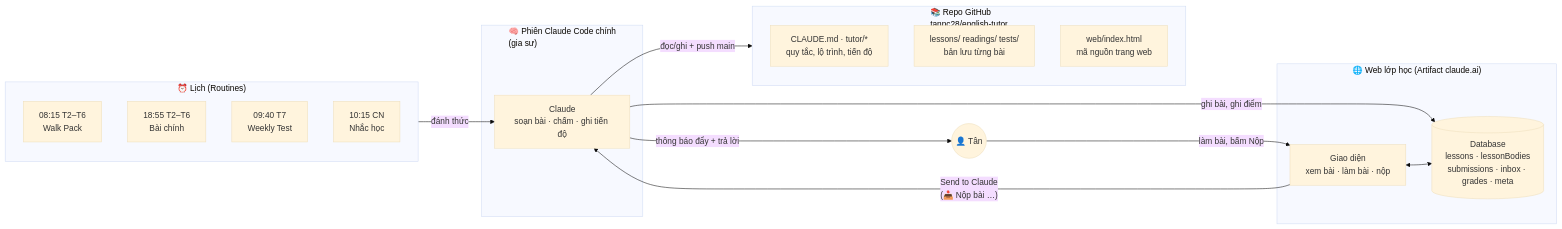
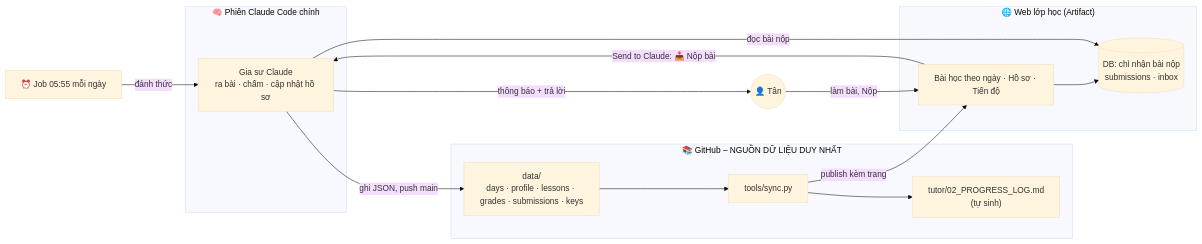
Before and after one commit to tannc28/english-tutor: the first of 2 diagrams in README.md, drawn with Mermaid (base theme). The commit also changed other lines of this file, not shown here.

Commit message:
README: rewrite architecture for single-source data/ design

````diff
--- a/README.md
+++ b/README.md
@@ -11,34 +12,24 @@
 ```mermaid
 flowchart LR
-    subgraph Lich["⏰ Lịch (Routines)"]
-        R1["08:15 T2–T6<br/>Walk Pack"]
-        R2["18:55 T2–T6<br/>Bài chính"]
-        R3["09:40 T7<br/>Weekly Test"]
-        R4["10:15 CN<br/>Nhắc học"]
+    J["⏰ Job 05:55 mỗi ngày"] -- đánh thức --> G
+    subgraph Phien["🧠 Phiên Claude Code chính"]
+        G["Gia sư Claude<br/>ra bài · chấm · cập nhật hồ sơ"]
     end
-
-    subgraph Phien["🧠 Phiên Claude Code chính<br/>(gia sư)"]
-        G["Claude<br/>soạn bài · chấm · ghi tiến độ"]
+    subgraph Repo["📚 GitHub – NGUỒN DỮ LIỆU DUY NHẤT"]
+        D["data/<br/>days · profile · lessons · grades · submissions · keys"]
+        S["tools/sync.py"]
+        P["tutor/02_PROGRESS_LOG.md<br/>(tự sinh)"]
     end
-
-    subgraph Repo["📚 Repo GitHub<br/>tannc28/english-tutor"]
-        F1["CLAUDE.md · tutor/*<br/>quy tắc, lộ trình, tiến độ"]
-        F2["lessons/ readings/ tests/<br/>bản lưu từng bài"]
-        F3["web/index.html<br/>mã nguồn trang web"]
+    subgraph Web["🌐 Web lớp học (Artifact)"]
+        UI["Bài học theo ngày · Hồ sơ · Tiến độ"]
+        DB[("DB: chỉ nhận bài nộp<br/>submissions · inbox")]
     end
-
-    subgraph Web["🌐 Web lớp học (Artifact claude.ai)"]
-        UI["Giao diện<br/>xem bài · làm bài · nộp"]
-        DB[("Database<br/>lessons · lessonBodies<br/>submissions · inbox · grades · meta")]
-    end
-
     T(("👤 Tân"))
-
-    Lich -- "đánh thức" --> G
-    G -- "đọc/ghi + push main" --> Repo
-    G -- "ghi bài, ghi điểm" --> DB
-    UI <--> DB
-    T -- "làm bài, bấm Nộp" --> UI
-    UI -- "Send to Claude<br/>(📥 Nộp bài …)" --> G
-    G -- "thông báo đẩy + trả lời" --> T
+    G -- "ghi JSON, push main" --> D
+    D --> S --> P
+    S -- "publish kèm trang" --> UI
+    T -- "làm bài, Nộp" --> UI --> DB
+    UI -- "Send to Claude: 📥 Nộp bài" --> G
+    G -- "đọc bài nộp" --> DB
+    G -- "thông báo + trả lời" --> T
 ```
````
